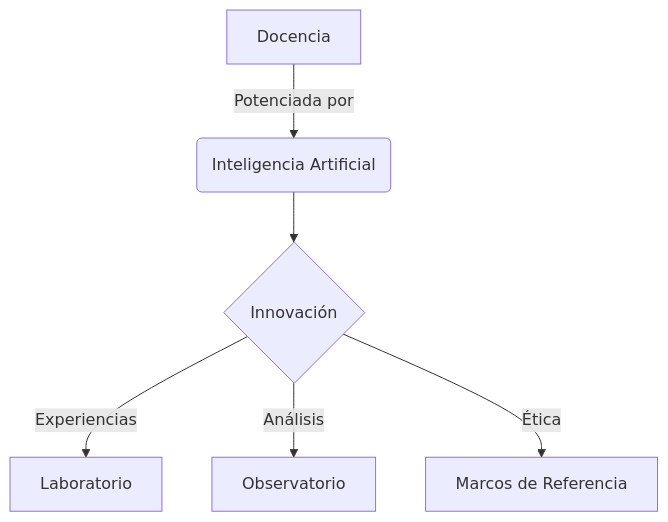
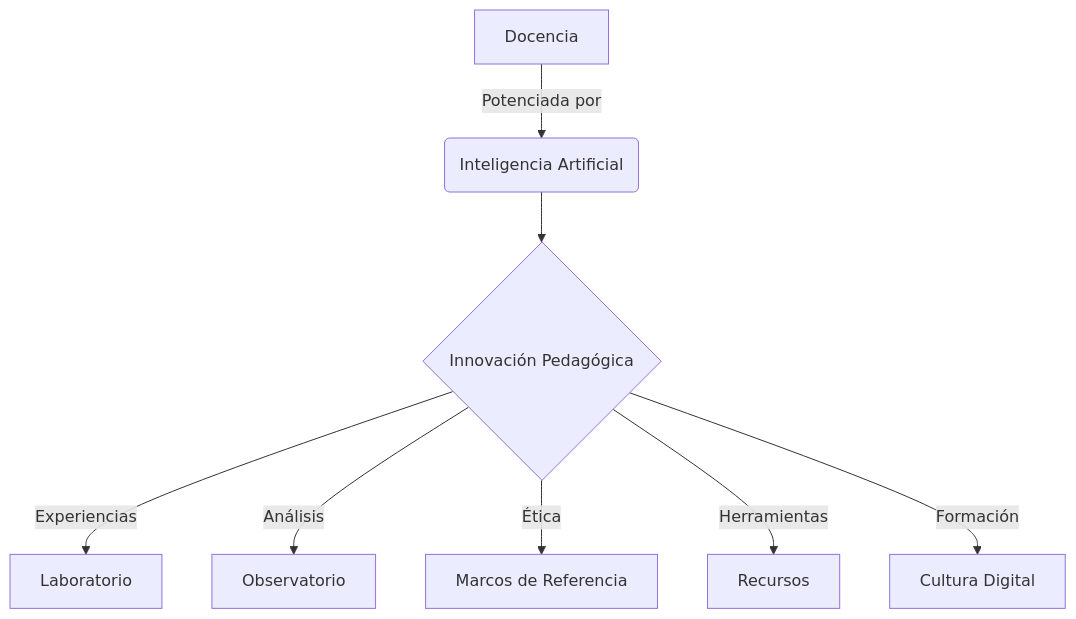
One commit to arqueon/aprendizaje-ia changed the diagram in content/_index.md. Above: the diagram before and after it, drawn with Mermaid. The commit also changed other lines of this file and 8 other files, not shown here.

```diff
--- a/content/_index.md
+++ b/content/_index.md
@@ -22,8 +17,10 @@
 {{< mermaid >}}
 graph TD
   A[Docencia] -->|Potenciada por| B(Inteligencia Artificial)
-  B --> C{Innovación}
+  B --> C{Innovación Pedagógica}
   C -->|Experiencias| D[Laboratorio]
   C -->|Análisis| E[Observatorio]
   C -->|Ética| F[Marcos de Referencia]
+  C -->|Herramientas| G[Recursos]
+  C -->|Formación| H[Cultura Digital]
 {{< /mermaid >}}
```
